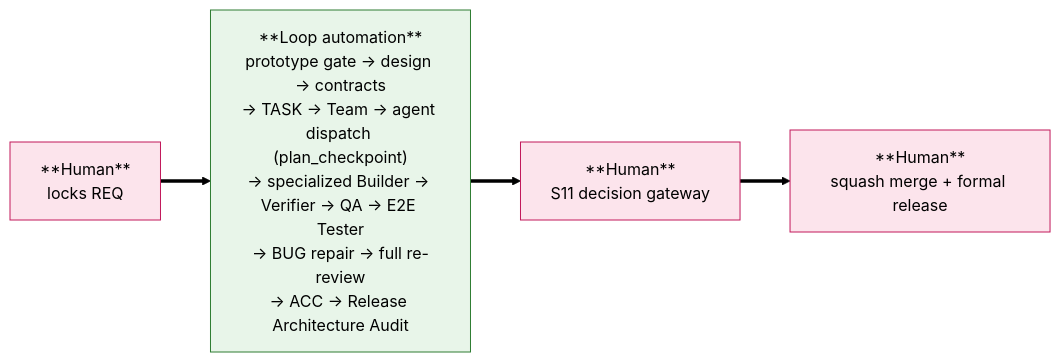
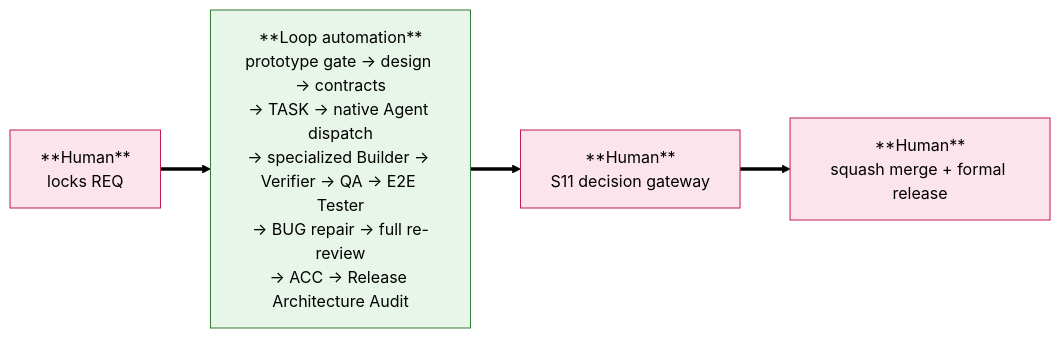
The first of 7 diagrams in docs/guides/engineering-loop.md (Sebs-Lee/go-system-builder), drawn with Mermaid (forest theme) before and after one commit. The commit also changed other lines of this file and 468 other files, not shown here.

First line of the commit message:
refactor: restore native Claude dispatch and converge stage guidance

````diff
--- a/docs/guides/engineering-loop.md
+++ b/docs/guides/engineering-loop.md
@@ -35,10 +36,10 @@
 ```mermaid
 graph LR
     H1["**Human**<br/>locks REQ"]:::human
-    M["**Loop automation**<br/>prototype gate → design → contracts<br/>→ TASK → Team → agent dispatch (plan_checkpoint)<br/>→ specialized Builder → Verifier → QA → E2E Tester<br/>→ BUG repair → full re-review<br/>→ ACC → Release Architecture Audit"]:::auto
+    M["**Loop automation**<br/>prototype gate → design → contracts<br/>→ TASK → native Agent dispatch<br/>→ specialized Builder → Verifier → QA → E2E Tester<br/>→ BUG repair → full re-review<br/>→ ACC → Release Architecture Audit"]:::auto
     G["**Human**<br/>S11 decision gateway"]:::human
     H2["**Human**<br/>squash merge + formal release"]:::human
     H1 ==> M ==> G ==> H2
     classDef human fill:#fce4ec,stroke:#c2185b
     classDef auto fill:#e8f5e9,stroke:#2e7d32
 ```
````
